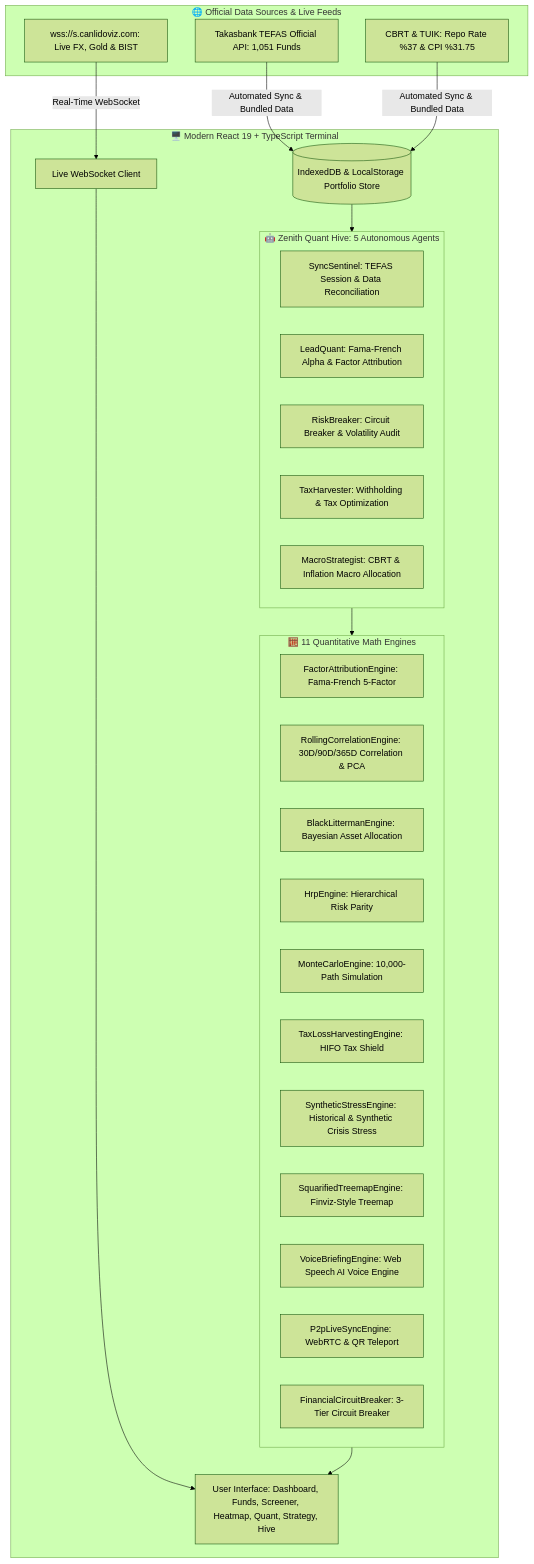
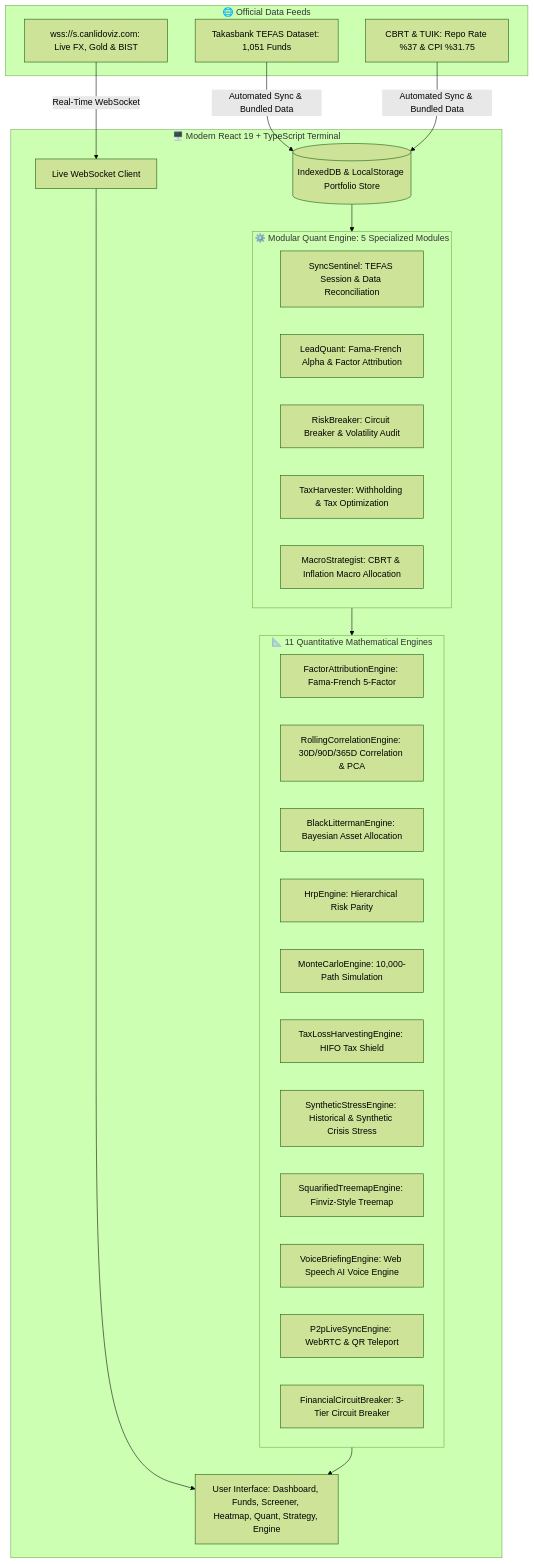
One commit to Cagrik34/zenith-atlas changed the diagram in README.md. Above: the diagram before and after it, drawn with Mermaid (forest theme). The commit also changed other lines of this file and 1 other file, not shown here.

Commit message:
docs: calibrate architecture specifications and terminology with client-side memory engine

````diff
--- a/README.md
+++ b/README.md
@@ -25,43 +25,43 @@
 ```mermaid
 graph TD
     subgraph CLIENT [🖥️ Modern React 19 + TypeScript Terminal]
-        UI[User Interface: Dashboard, Funds, Screener, Heatmap, Quant, Strategy, Hive]
+        UI[User Interface: Dashboard, Funds, Screener, Heatmap, Quant, Strategy, Engine]
         WS_CLIENT[Live WebSocket Client]
         IDB[(IndexedDB & LocalStorage Portfolio Store)]
         
-        subgraph HIVE [🤖 Zenith Quant Hive: 5 Autonomous Agents]
+        subgraph MODULES [⚙️ Modular Quant Engine: 5 Specialized Modules]
             A1[SyncSentinel: TEFAS Session & Data Reconciliation]
             A2[LeadQuant: Fama-French Alpha & Factor Attribution]
             A3[RiskBreaker: Circuit Breaker & Volatility Audit]
             A4[TaxHarvester: Withholding & Tax Optimization]
             A5[MacroStrategist: CBRT & Inflation Macro Allocation]
         end
 
-        subgraph ENGINES [🧮 11 Quantitative Math Engines]
+        subgraph ENGINES [📐 11 Quantitative Mathematical Engines]
             E1[FactorAttributionEngine: Fama-French 5-Factor]
             E2[RollingCorrelationEngine: 30D/90D/365D Correlation & PCA]
             E3[BlackLittermanEngine: Bayesian Asset Allocation]
             E4[HrpEngine: Hierarchical Risk Parity]
             E5[MonteCarloEngine: 10,000-Path Simulation]
             E6[TaxLossHarvestingEngine: HIFO Tax Shield]
             E7[SyntheticStressEngine: Historical & Synthetic Crisis Stress]
             E8[SquarifiedTreemapEngine: Finviz-Style Treemap]
             E9[VoiceBriefingEngine: Web Speech AI Voice Engine]
             E10[P2pLiveSyncEngine: WebRTC & QR Teleport]
             E11[FinancialCircuitBreaker: 3-Tier Circuit Breaker]
         end
     end
 
-    subgraph SOURCES [🌐 Official Data Sources & Live Feeds]
-        S1[Takasbank TEFAS Official API: 1,051 Funds]
+    subgraph SOURCES [🌐 Official Data Feeds]
+        S1[Takasbank TEFAS Dataset: 1,051 Funds]
         S2[wss://s.canlidoviz.com: Live FX, Gold & BIST]
         S3[CBRT & TUIK: Repo Rate %37 & CPI %31.75]
     end
 
     S2 -->|Real-Time WebSocket| WS_CLIENT
     S1 & S3 -->|Automated Sync & Bundled Data| IDB
     WS_CLIENT --> UI
-    IDB --> HIVE
-    HIVE --> ENGINES
+    IDB --> MODULES
+    MODULES --> ENGINES
     ENGINES --> UI
 ```
````
